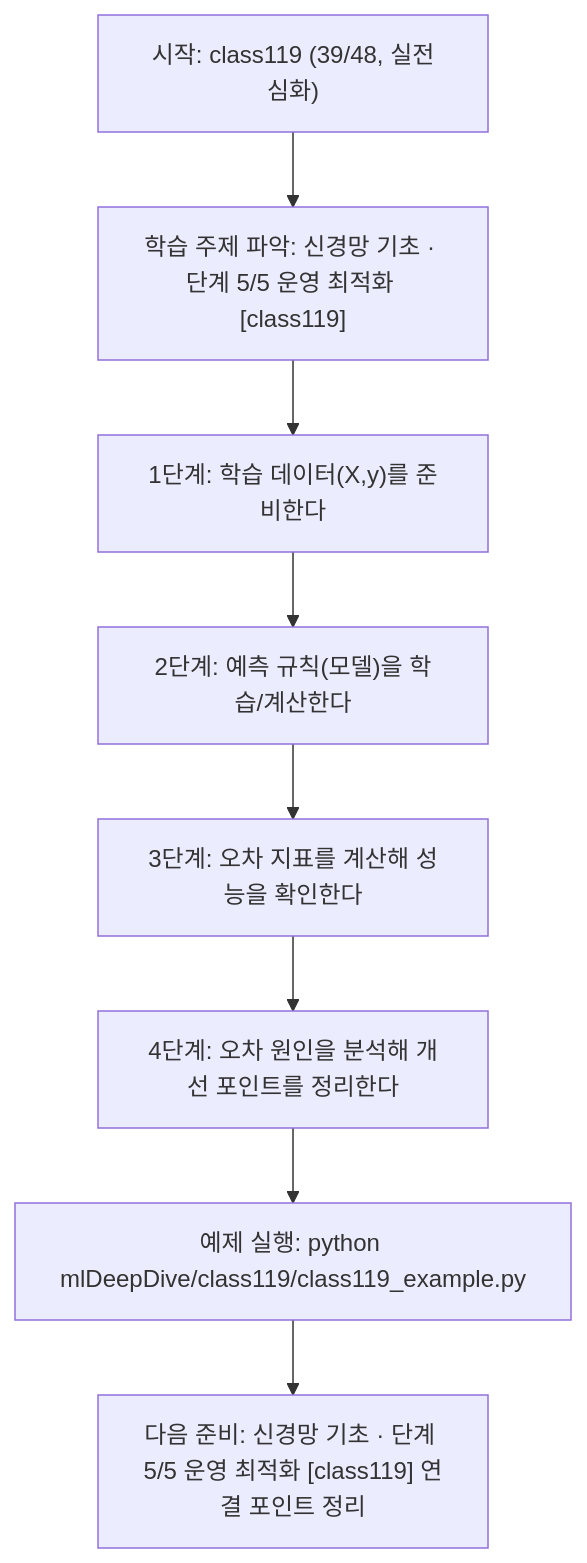
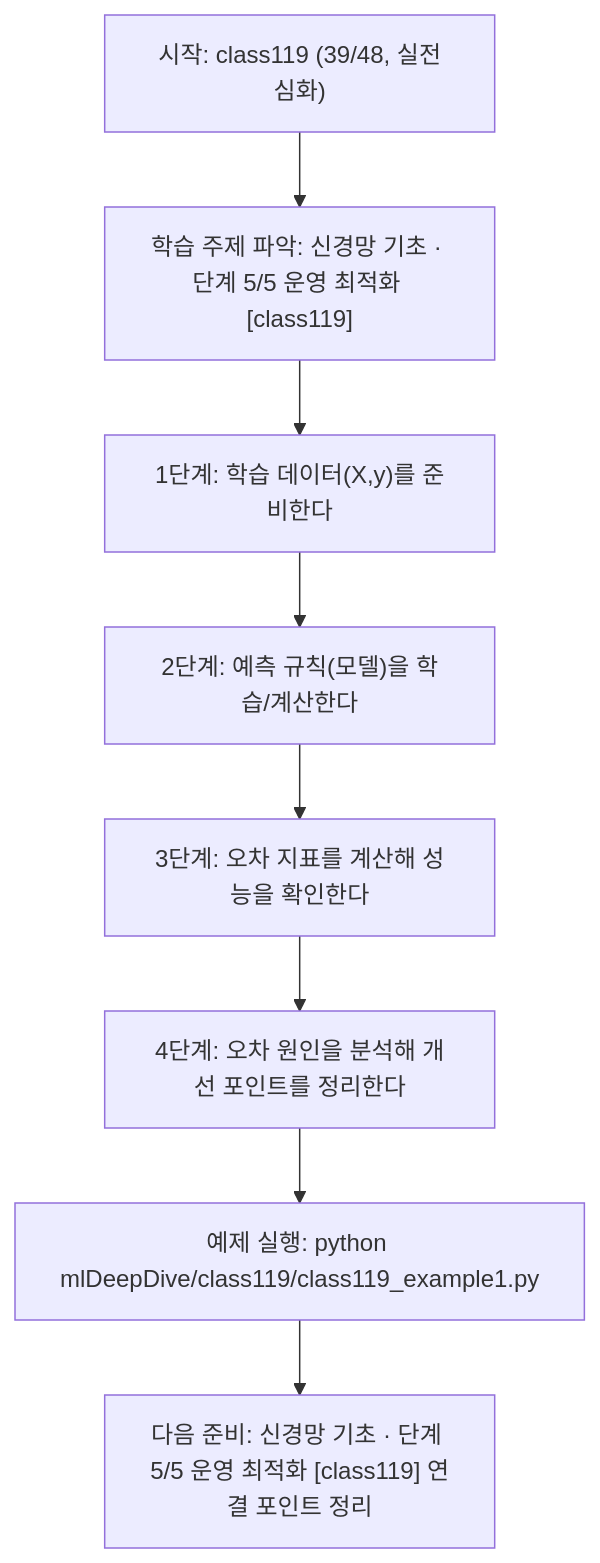
Before and after one commit to edumgt/Python-AI_Agent-Class: the diagram in mlDeepDive/class119/class119.md, drawn with Mermaid. The commit also changed other lines of this file and 2959 other files, not shown here.

````diff
--- a/mlDeepDive/class119/class119.md
+++ b/mlDeepDive/class119/class119.md
@@ -109,18 +109,18 @@
 ```mermaid
 flowchart TD
 N1["시작: class119 (39/48, 실전심화)"]
 N2["학습 주제 파악: 신경망 기초 · 단계 5/5 운영 최적화 [class119]"]
 N3["1단계: 학습 데이터(X,y)를 준비한다"]
 N4["2단계: 예측 규칙(모델)을 학습/계산한다"]
 N5["3단계: 오차 지표를 계산해 성능을 확인한다"]
 N6["4단계: 오차 원인을 분석해 개선 포인트를 정리한다"]
-N7["예제 실행: python mlDeepDive/class119/class119_example.py"]
+N7["예제 실행: python mlDeepDive/class119/class119_example1.py"]
 N8["다음 준비: 신경망 기초 · 단계 5/5 운영 최적화 [class119] 연결 포인트 정리"]
 N1 --> N2
 N2 --> N3
 N3 --> N4
 N4 --> N5
 N5 --> N6
 N6 --> N7
 N7 --> N8
 ```
````
